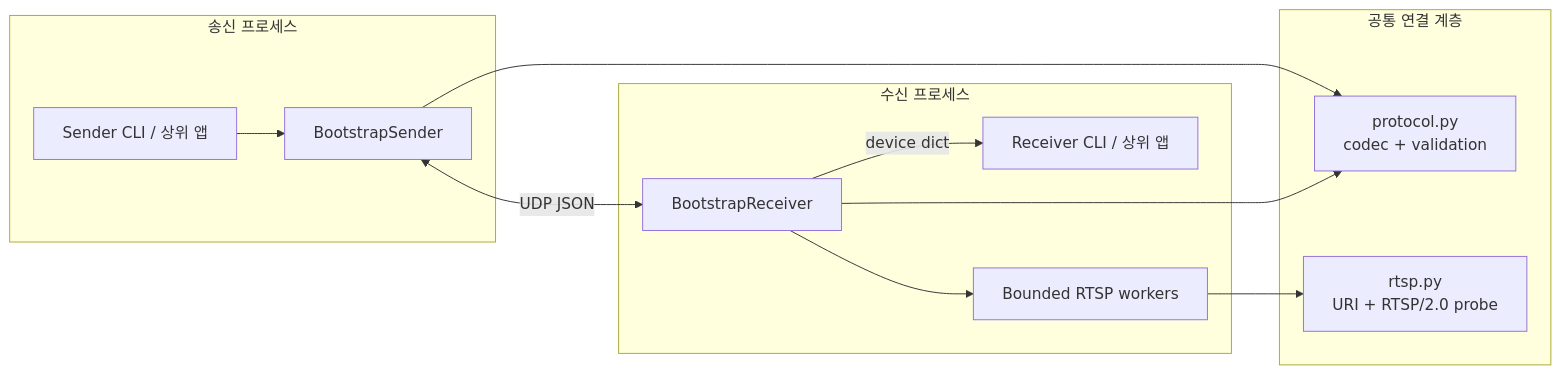
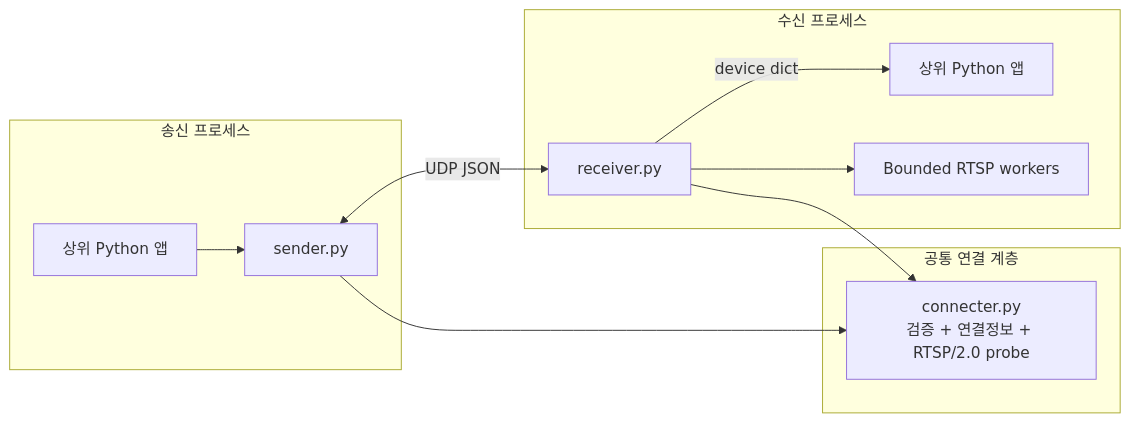
Before and after one commit to IaraY6009/YNBro: the first of 4 diagrams in SDS.md, drawn with Mermaid. The commit also changed other lines of this file and 2 other files, not shown here.

````diff
--- a/SDS.md
+++ b/SDS.md
@@ -18,26 +22,24 @@
-```mermaid
+``` mermaid
 flowchart LR
     subgraph SenderProcess[송신 프로세스]
-        SC[Sender CLI / 상위 앱]
-        S[BootstrapSender]
+        A[상위 Python 앱]
+        S[sender.py]
     end
 
     subgraph Shared[공통 연결 계층]
-        P[protocol.py<br/>codec + validation]
-        T[rtsp.py<br/>URI + RTSP/2.0 probe]
+        C[connecter.py<br/>검증 + 연결정보 + RTSP/2.0 probe]
     end
 
     subgraph ReceiverProcess[수신 프로세스]
-        R[BootstrapReceiver]
-        RC[Receiver CLI / 상위 앱]
+        R[receiver.py]
+        B[상위 Python 앱]
         W[Bounded RTSP workers]
     end
 
-    SC --> S
-    S --> P
+    A --> S
+    S --> C
     S <-->|UDP JSON| R
-    R --> P
+    R --> C
     R --> W
-    W --> T
-    R -->|device dict| RC
+    R -->|device dict| B
 ```
````
